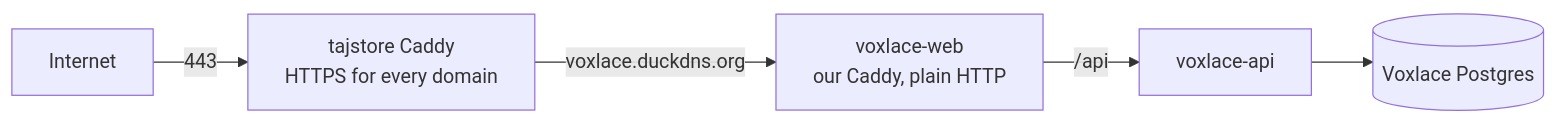
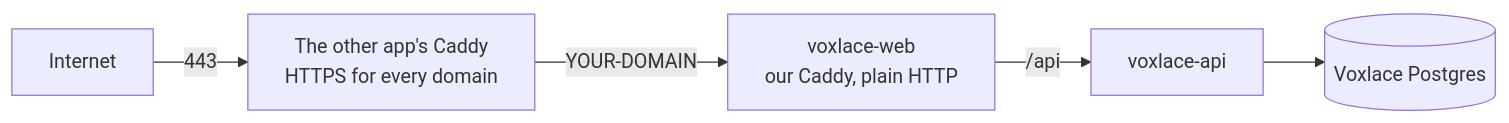
Before and after one commit to fetehadin/post-generator: the second of 2 diagrams in deploy/README.md, drawn with Mermaid. The commit also changed other lines of this file and 8 other files, not shown here.

````diff
--- a/deploy/README.md
+++ b/deploy/README.md
@@ -102,7 +102,7 @@
 ```mermaid
 flowchart LR
-    Internet -->|443| Shared[tajstore Caddy<br/>HTTPS for every domain]
-    Shared -->|voxlace.duckdns.org| Web[voxlace-web<br/>our Caddy, plain HTTP]
+    Internet -->|443| Shared[The other app's Caddy<br/>HTTPS for every domain]
+    Shared -->|YOUR-DOMAIN| Web[voxlace-web<br/>our Caddy, plain HTTP]
     Web -->|/api| API[voxlace-api]
     API --> DB[(Voxlace Postgres)]
 ```
````
